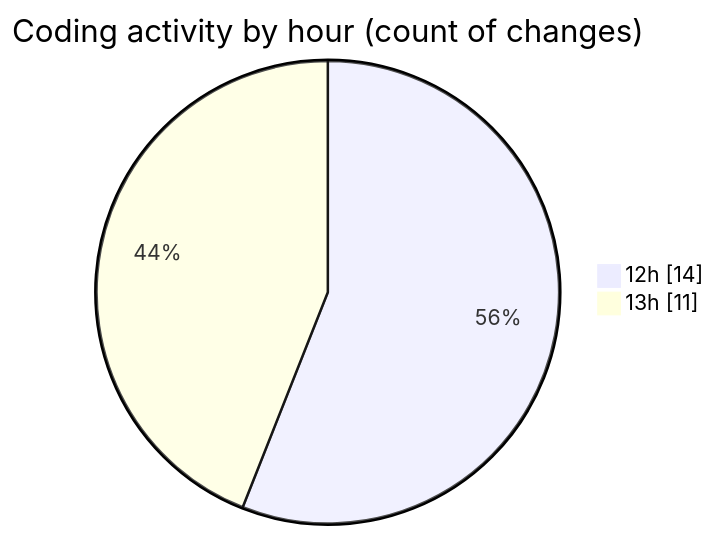
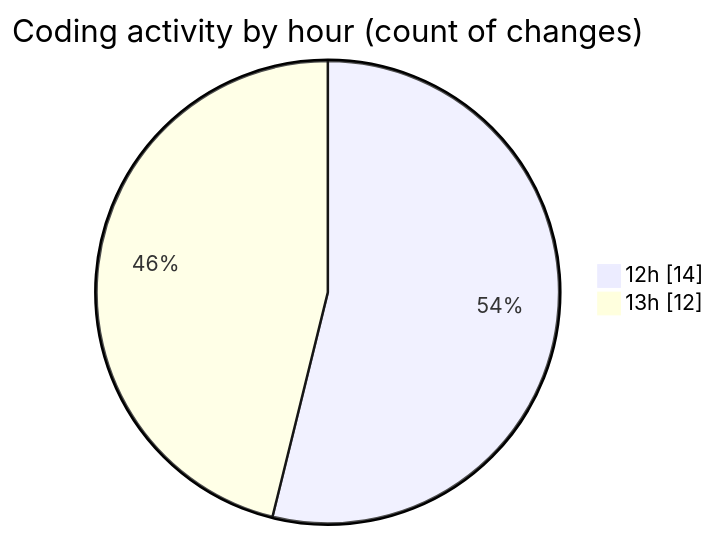
The second of 2 diagrams in 2025-04-11/web/README.md (LanceThiago/code-tracking), drawn with Mermaid before and after one commit. The commit also changed other lines of this file and 1 other file, not shown here.

````diff
--- a/2025-04-11/web/README.md
+++ b/2025-04-11/web/README.md
@@ -32,6 +32,6 @@
 ```mermaid
 pie showData
 title Coding activity by hour (count of changes)
 "12h" : 14
-"13h" : 11
+"13h" : 12
 ```
````
